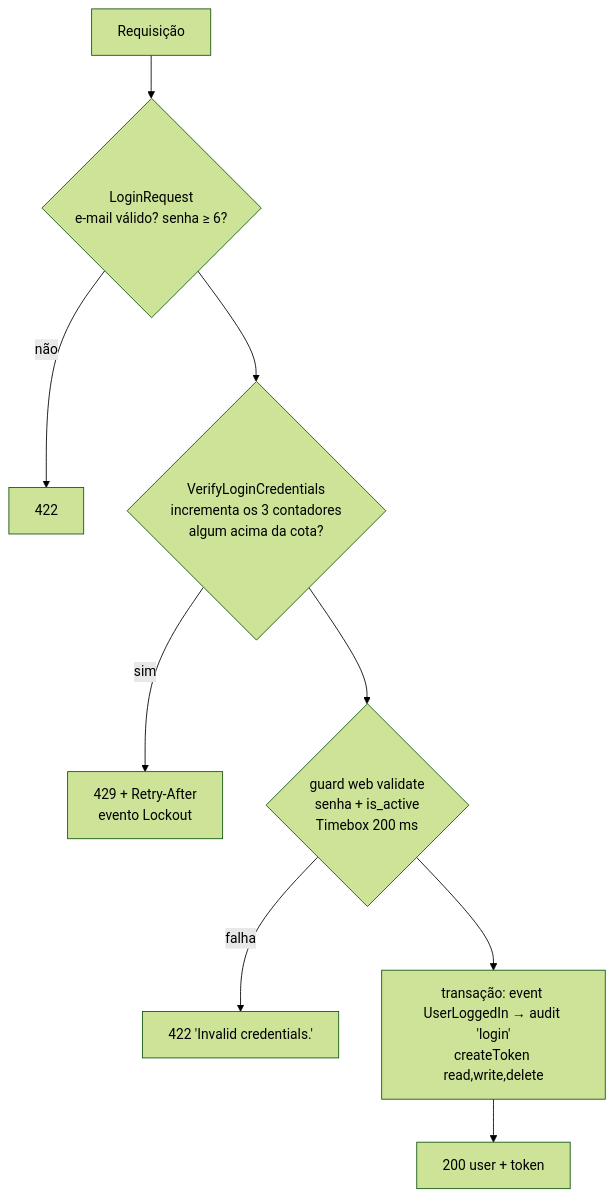
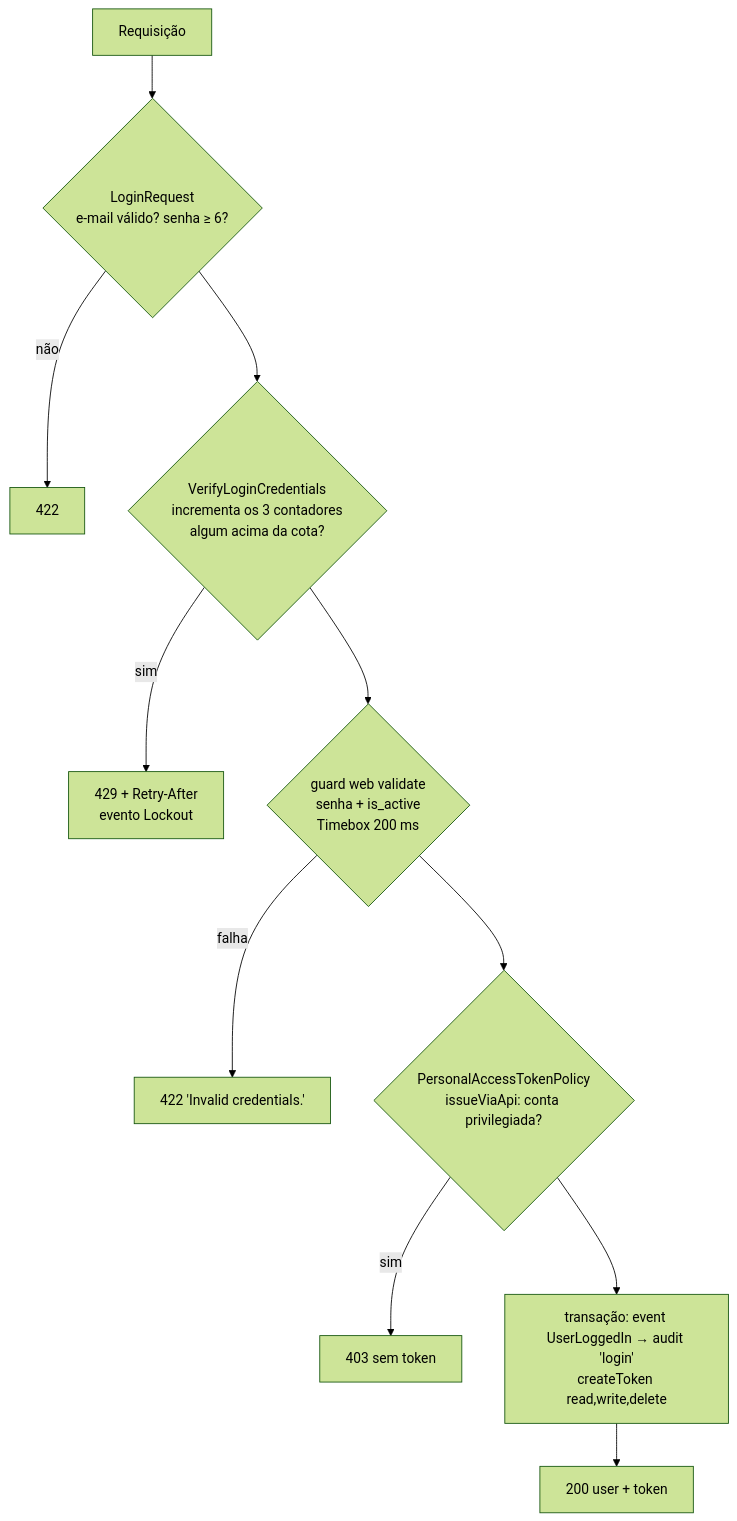
Before and after one commit to RafaSantos04/NAPI: the diagram in docs/security/authentication.md, drawn with Mermaid (forest theme). The commit also changed other lines of this file and 8 other files, not shown here.

Commit message:
docs(security): registra o P2.5-T06, resolve FIND-035 e 036 e documenta a emissão de token da conta privilegiada

````diff
--- a/docs/security/authentication.md
+++ b/docs/security/authentication.md
@@ -20,11 +20,13 @@
 ```mermaid
 flowchart TD
     A[Requisição] --> C{LoginRequest<br/>e-mail válido? senha ≥ 6?}
     C -- não --> Z0[422]
     C --> B{VerifyLoginCredentials<br/>incrementa os 3 contadores<br/>algum acima da cota?}
     B -- sim --> Z1[429 + Retry-After<br/>evento Lockout]
     B --> D{guard web validate<br/>senha + is_active<br/>Timebox 200 ms}
     D -- falha --> Z2[422 'Invalid credentials.']
-    D --> F[transação: event UserLoggedIn → audit 'login'<br/>createToken read,write,delete]
+    D --> P{PersonalAccessTokenPolicy<br/>issueViaApi: conta privilegiada?}
+    P -- sim --> Z3[403 sem token]
+    P --> F[transação: event UserLoggedIn → audit 'login'<br/>createToken read,write,delete]
     F --> H[200 user + token]
 ```
````
